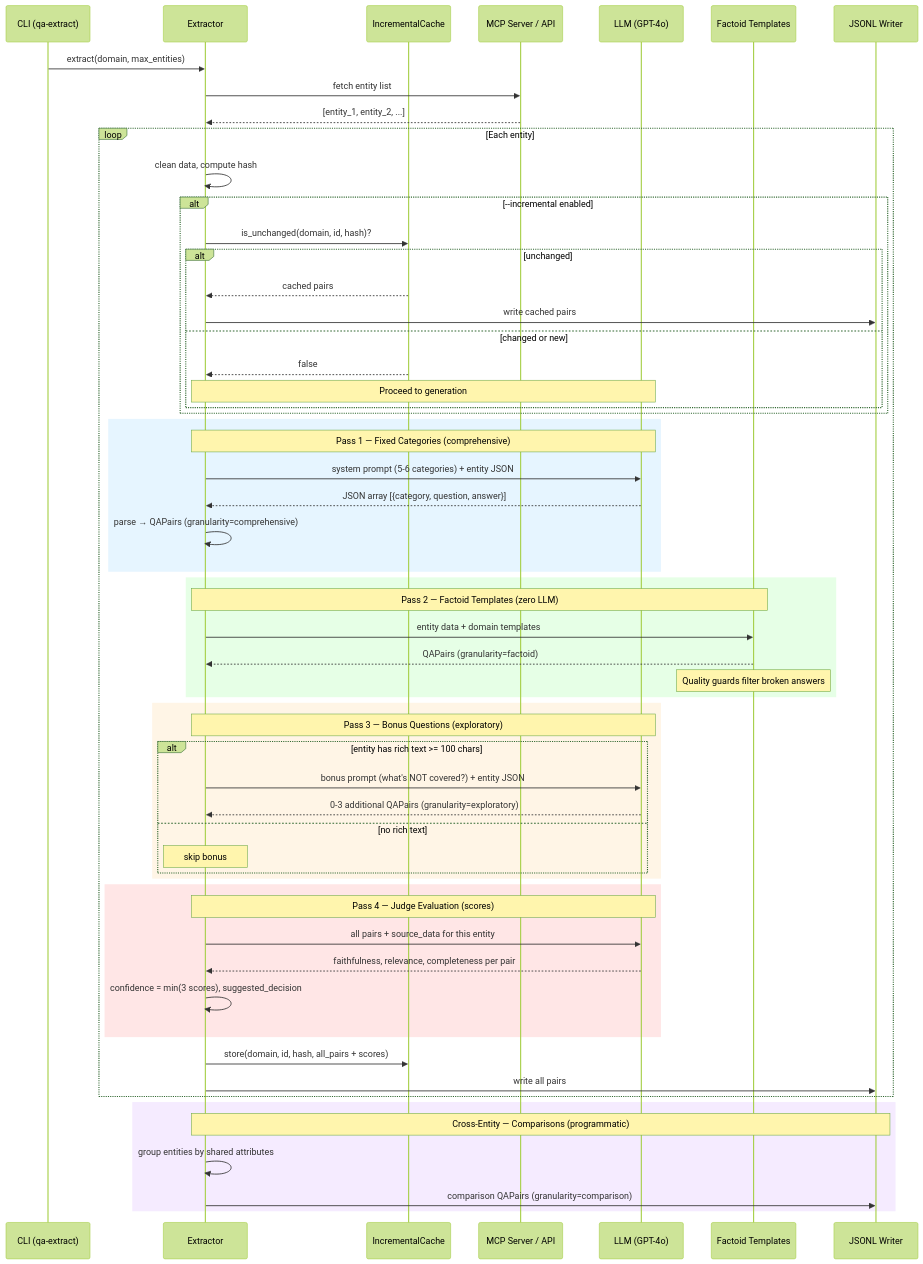
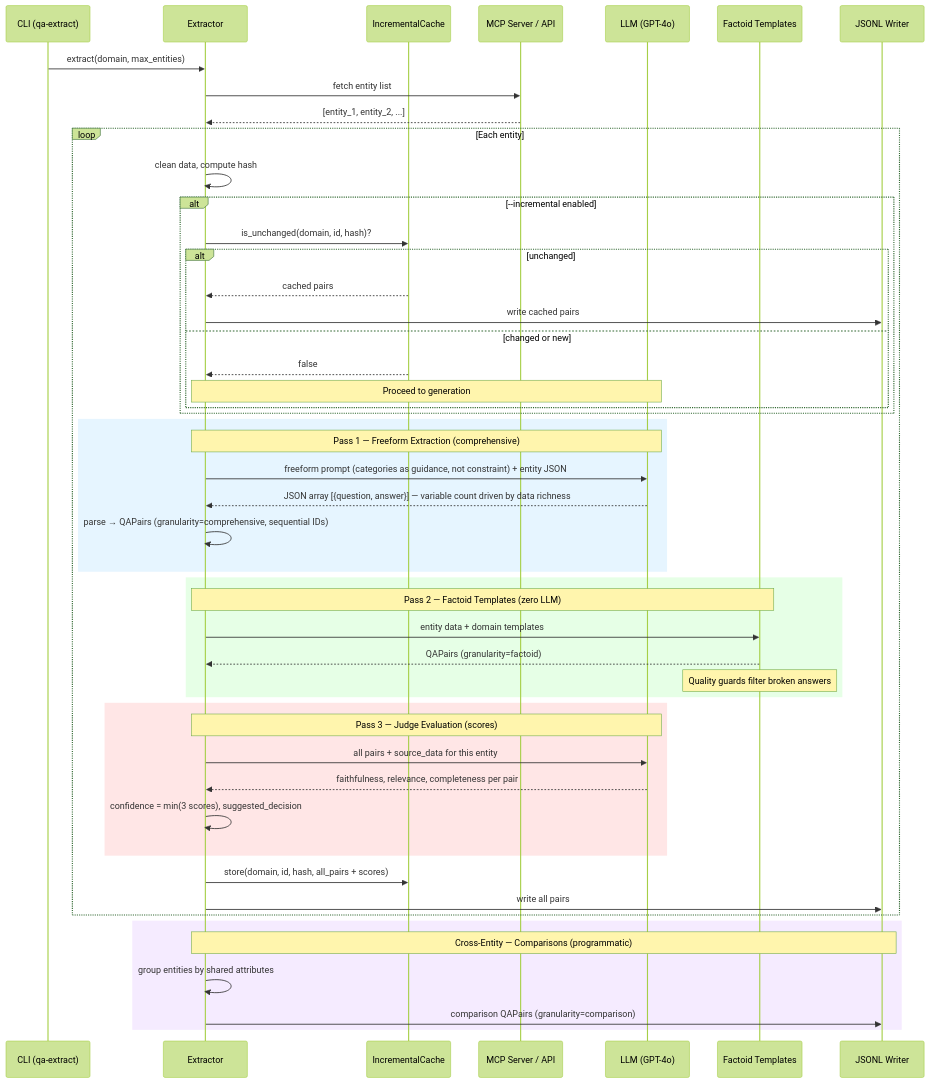
One commit to necyberteam/access-qa-extraction changed the second of 2 diagrams in docs/system-overview-2026-02-17.md. Above: the diagram before and after it, drawn with Mermaid (forest theme). The commit also changed other lines of this file and 3 other files, not shown here.

First line of the commit message:
docs: update all docs for freeform extraction pipeline and Argilla dedup discovery

````diff
--- a/docs/system-overview-2026-02-17.md
+++ b/docs/system-overview-2026-02-17.md
@@ -74,69 +72,59 @@
 ```mermaid
 sequenceDiagram
     participant CLI as CLI (qa-extract)
     participant EXT as Extractor
     participant CACHE as IncrementalCache
     participant MCP as MCP Server / API
     participant LLM as LLM (GPT-4o)
     participant TMPL as Factoid Templates
     participant OUT as JSONL Writer
 
     CLI->>EXT: extract(domain, max_entities)
     EXT->>MCP: fetch entity list
     MCP-->>EXT: [entity_1, entity_2, ...]
 
     loop Each entity
         EXT->>EXT: clean data, compute hash
 
         alt --incremental enabled
             EXT->>CACHE: is_unchanged(domain, id, hash)?
             alt unchanged
                 CACHE-->>EXT: cached pairs
                 EXT->>OUT: write cached pairs
             else changed or new
                 CACHE-->>EXT: false
                 Note over EXT,LLM: Proceed to generation
             end
         end
 
         rect rgb(230, 245, 255)
-            Note over EXT,LLM: Pass 1 — Fixed Categories (comprehensive)
-            EXT->>LLM: system prompt (5-6 categories) + entity JSON
-            LLM-->>EXT: JSON array [{category, question, answer}]
-            EXT->>EXT: parse → QAPairs (granularity=comprehensive)
+            Note over EXT,LLM: Pass 1 — Freeform Extraction (comprehensive)
+            EXT->>LLM: freeform prompt (categories as guidance, not constraint) + entity JSON
+            LLM-->>EXT: JSON array [{question, answer}] — variable count driven by data richness
+            EXT->>EXT: parse → QAPairs (granularity=comprehensive, sequential IDs)
         end
 
         rect rgb(230, 255, 230)
             Note over EXT,TMPL: Pass 2 — Factoid Templates (zero LLM)
             EXT->>TMPL: entity data + domain templates
             TMPL-->>EXT: QAPairs (granularity=factoid)
             Note over TMPL: Quality guards filter broken answers
         end
 
-        rect rgb(255, 245, 230)
-            Note over EXT,LLM: Pass 3 — Bonus Questions (exploratory)
-            alt entity has rich text >= 100 chars
-                EXT->>LLM: bonus prompt (what's NOT covered?) + entity JSON
-                LLM-->>EXT: 0-3 additional QAPairs (granularity=exploratory)
-            else no rich text
-                Note over EXT: skip bonus
-            end
-        end
-
         rect rgb(255, 230, 230)
-            Note over EXT,LLM: Pass 4 — Judge Evaluation (scores)
+            Note over EXT,LLM: Pass 3 — Judge Evaluation (scores)
             EXT->>LLM: all pairs + source_data for this entity
             LLM-->>EXT: faithfulness, relevance, completeness per pair
             EXT->>EXT: confidence = min(3 scores), suggested_decision
         end
 
         EXT->>CACHE: store(domain, id, hash, all_pairs + scores)
         EXT->>OUT: write all pairs
     end
 
     rect rgb(245, 235, 255)
         Note over EXT,OUT: Cross-Entity — Comparisons (programmatic)
         EXT->>EXT: group entities by shared attributes
         EXT->>OUT: comparison QAPairs (granularity=comparison)
     end
 ```
````
